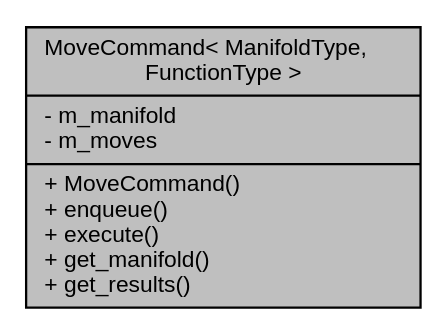
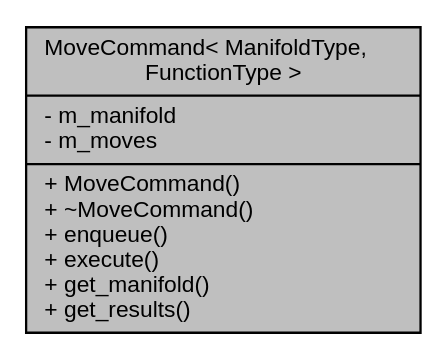
The diagram in class_move_command__coll__graph.dot (acgetchell/CDT-plusplus), drawn with Graphviz before and after one commit. The commit also changed 250 other files, not shown here.

```diff
--- a/class_move_command__coll__graph.dot
+++ b/class_move_command__coll__graph.dot
@@ -1,7 +1,7 @@
 digraph "MoveCommand&lt; ManifoldType, FunctionType &gt;"
 {
  // LATEX_PDF_SIZE
   edge [fontname="Helvetica",fontsize="10",labelfontname="Helvetica",labelfontsize="10"];
   node [fontname="Helvetica",fontsize="10",shape=record];
-  Node1 [label="{MoveCommand\< ManifoldType,\l FunctionType \>\n|- m_manifold\l- m_moves\l|+ MoveCommand()\l+ enqueue()\l+ execute()\l+ get_manifold()\l+ get_results()\l}",height=0.2,width=0.4,color="black", fillcolor="grey75", style="filled", fontcolor="black",tooltip=" "];
+  Node1 [label="{MoveCommand\< ManifoldType,\l FunctionType \>\n|- m_manifold\l- m_moves\l|+ MoveCommand()\l+ ~MoveCommand()\l+ enqueue()\l+ execute()\l+ get_manifold()\l+ get_results()\l}",height=0.2,width=0.4,color="black", fillcolor="grey75", style="filled", fontcolor="black",tooltip=" "];
 }
```
